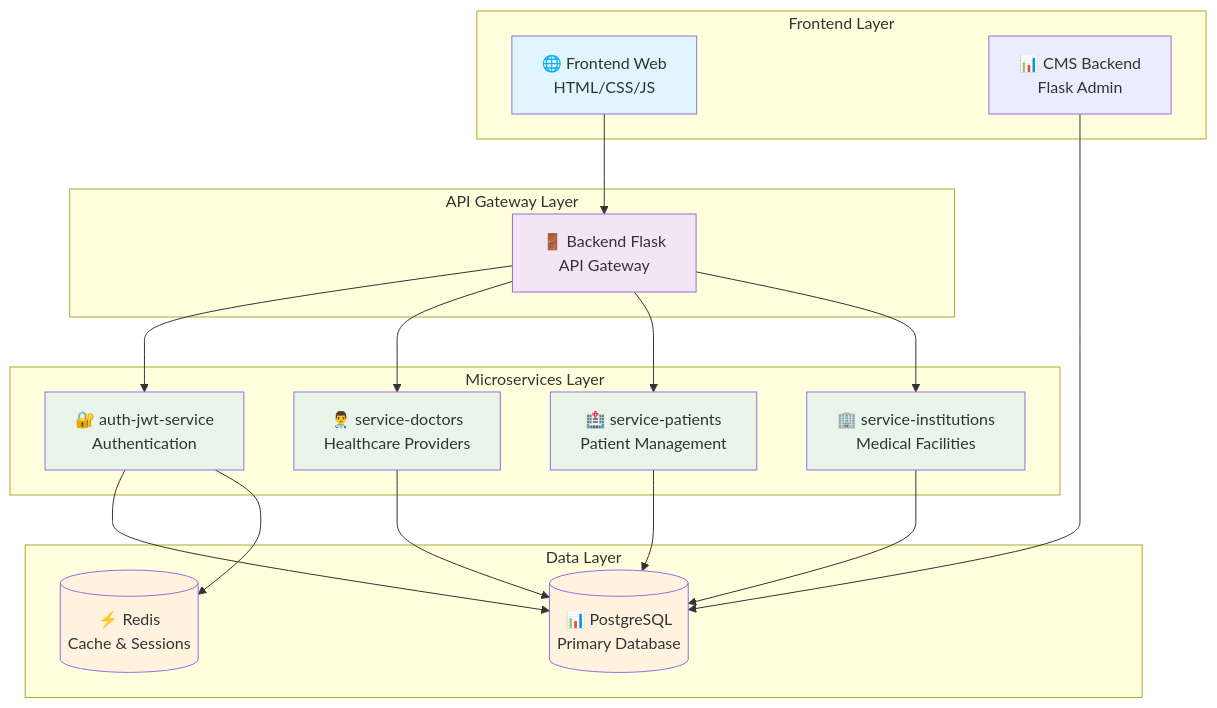
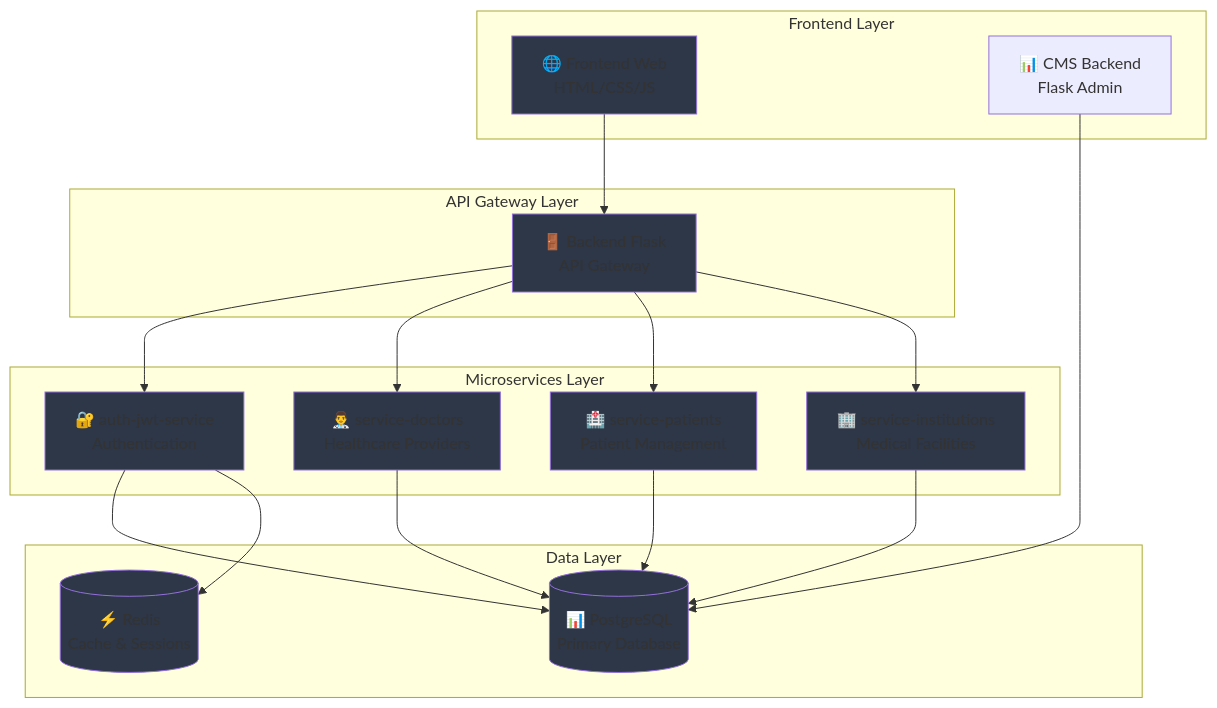
The diagram in README.md (bryramirezp/PredictHealth), drawn with Mermaid before and after one commit. The commit also changed 2 other files, not shown here.

Commit message:
Correciónes Readmes

````diff
--- a/README.md
+++ b/README.md
@@ -54,45 +54,45 @@
 ```mermaid
 graph TB
     subgraph "Frontend Layer"
         WEB[🌐 Frontend Web<br/>HTML/CSS/JS]
         CMS[📊 CMS Backend<br/>Flask Admin]
     end
 
     subgraph "API Gateway Layer"
         GATEWAY[🚪 Backend Flask<br/>API Gateway]
     end
 
     subgraph "Microservices Layer"
         AUTH[🔐 auth-jwt-service<br/>Authentication]
         DOCTORS[👨‍⚕️ service-doctors<br/>Healthcare Providers]
         PATIENTS[🏥 service-patients<br/>Patient Management]
         INSTITUTIONS[🏢 service-institutions<br/>Medical Facilities]
     end
 
     subgraph "Data Layer"
         POSTGRES[(📊 PostgreSQL<br/>Primary Database)]
         REDIS[(⚡ Redis<br/>Cache & Sessions)]
     end
 
     WEB --> GATEWAY
     CMS --> POSTGRES
     GATEWAY --> AUTH
     GATEWAY --> DOCTORS
     GATEWAY --> PATIENTS
     GATEWAY --> INSTITUTIONS
 
     AUTH --> POSTGRES
     AUTH --> REDIS
     DOCTORS --> POSTGRES
     PATIENTS --> POSTGRES
     INSTITUTIONS --> POSTGRES
 
-    style WEB fill:#e1f5fe
-    style GATEWAY fill:#f3e5f5
-    style AUTH fill:#e8f5e8
-    style DOCTORS fill:#e8f5e8
-    style PATIENTS fill:#e8f5e8
-    style INSTITUTIONS fill:#e8f5e8
-    style POSTGRES fill:#fff3e0
-    style REDIS fill:#fff3e0
+    style WEB fill:#2d3748
+    style GATEWAY fill:#2d3748
+    style AUTH fill:#2d3748
+    style DOCTORS fill:#2d3748
+    style PATIENTS fill:#2d3748
+    style INSTITUTIONS fill:#2d3748
+    style POSTGRES fill:#2d3748
+    style REDIS fill:#2d3748
 ```
````
